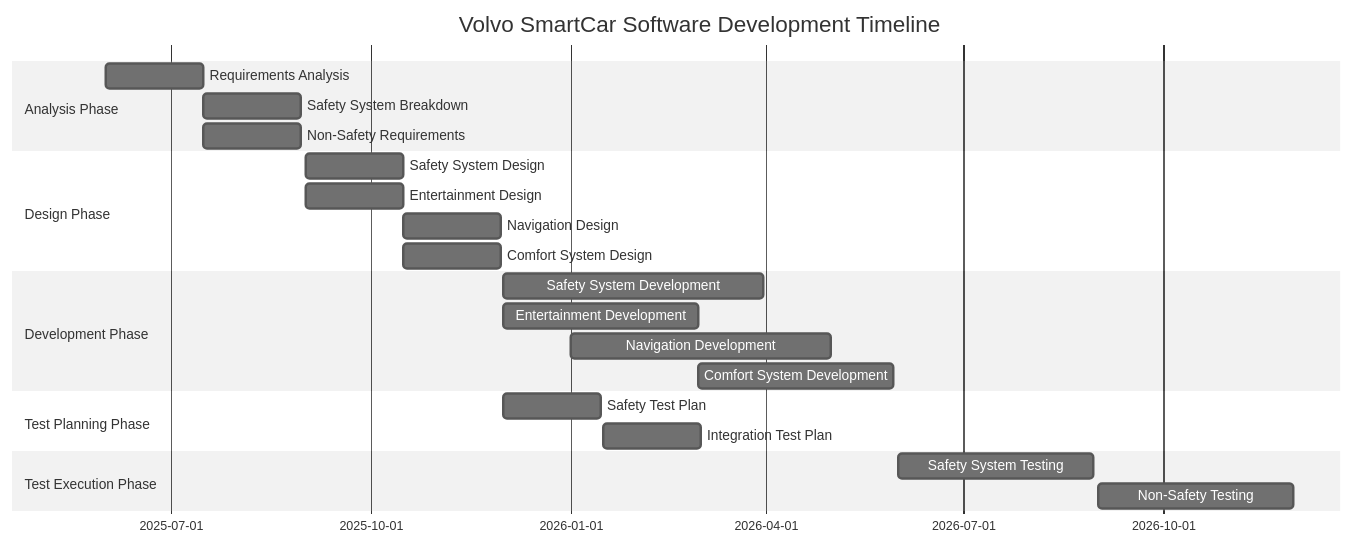
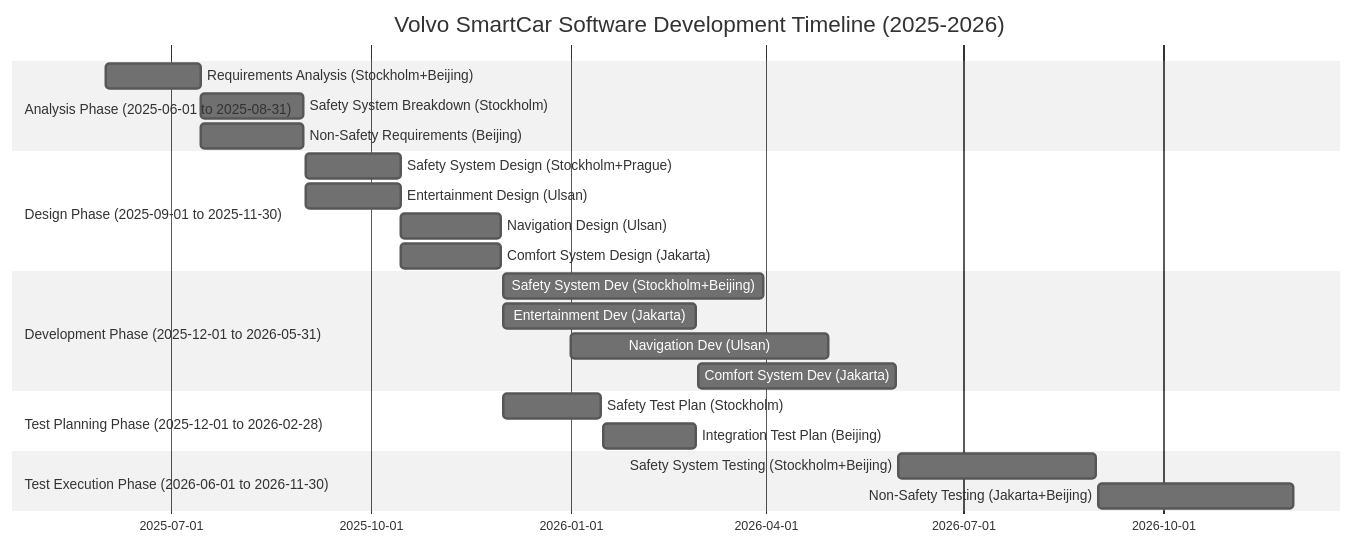
One commit to Acanddd/iodraw-files changed the diagram in all/代码甘特图.md. Above: the diagram before and after it, drawn with Mermaid (neutral theme).

Commit message:
2025-05-25 13:26:16 update

````diff
--- a/all/代码甘特图.md
+++ b/all/代码甘特图.md
@@ -1,30 +1,31 @@
 ```mermaid
 gantt
-    title Volvo SmartCar Software Development Timeline
+    title Volvo SmartCar Software Development Timeline (2025-2026)
     dateFormat  YYYY-MM-DD
+    axisFormat %Y-%m-%d
     
-    section Analysis Phase
-    Requirements Analysis         :a1, 2025-06-01, 45d
-    Safety System Breakdown       :after a1, 45d
-    Non-Safety Requirements       :after a1, 45d
+    section Analysis Phase (2025-06-01 to 2025-08-31)
+    Requirements Analysis (Stockholm+Beijing)          :a1, 2025-06-01, 2025-07-15
+    Safety System Breakdown (Stockholm)               :a2, after a1, 2025-08-31
+    Non-Safety Requirements (Beijing)                 :a3, after a1, 2025-08-31
     
-    section Design Phase
-    Safety System Design          :d1, 2025-09-01, 45d
-    Entertainment Design         :d2, 2025-09-01, 45d
-    Navigation Design            :after d2, 45d
-    Comfort System Design        :after d2, 45d
+    section Design Phase (2025-09-01 to 2025-11-30)
+    Safety System Design (Stockholm+Prague)           :d1, 2025-09-01, 2025-10-15
+    Entertainment Design (Ulsan)                     :d2, 2025-09-01, 2025-10-15
+    Navigation Design (Ulsan)                        :d3, after d2, 2025-11-30
+    Comfort System Design (Jakarta)                  :d4, after d2, 2025-11-30
     
-    section Development Phase
-    Safety System Development    :dev1, 2025-12-01, 120d
-    Entertainment Development    :dev2, 2025-12-01, 90d
-    Navigation Development       :dev3, 2026-01-01, 120d
-    Comfort System Development   :dev4, 2026-03-01, 90d
+    section Development Phase (2025-12-01 to 2026-05-31)
+    Safety System Dev (Stockholm+Beijing)            :dev1, 2025-12-01, 2026-03-31
+    Entertainment Dev (Jakarta)                     :dev2, 2025-12-01, 2026-02-28
+    Navigation Dev (Ulsan)                          :dev3, 2026-01-01, 2026-04-30
+    Comfort System Dev (Jakarta)                    :dev4, 2026-03-01, 2026-05-31
     
-    section Test Planning Phase
-    Safety Test Plan             :tp1, 2025-12-01, 45d
-    Integration Test Plan        :tp2, 2026-01-16, 45d
+    section Test Planning Phase (2025-12-01 to 2026-02-28)
+    Safety Test Plan (Stockholm)                    :tp1, 2025-12-01, 2026-01-15
+    Integration Test Plan (Beijing)                 :tp2, 2026-01-16, 2026-02-28
     
-    section Test Execution Phase
-    Safety System Testing        :test1, 2026-06-01, 90d
-    Non-Safety Testing           :test2, 2026-09-01, 90d
+    section Test Execution Phase (2026-06-01 to 2026-11-30)
+    Safety System Testing (Stockholm+Beijing)       :test1, 2026-06-01, 2026-08-31
+    Non-Safety Testing (Jakarta+Beijing)           :test2, 2026-09-01, 2026-11-30
 ```
````
